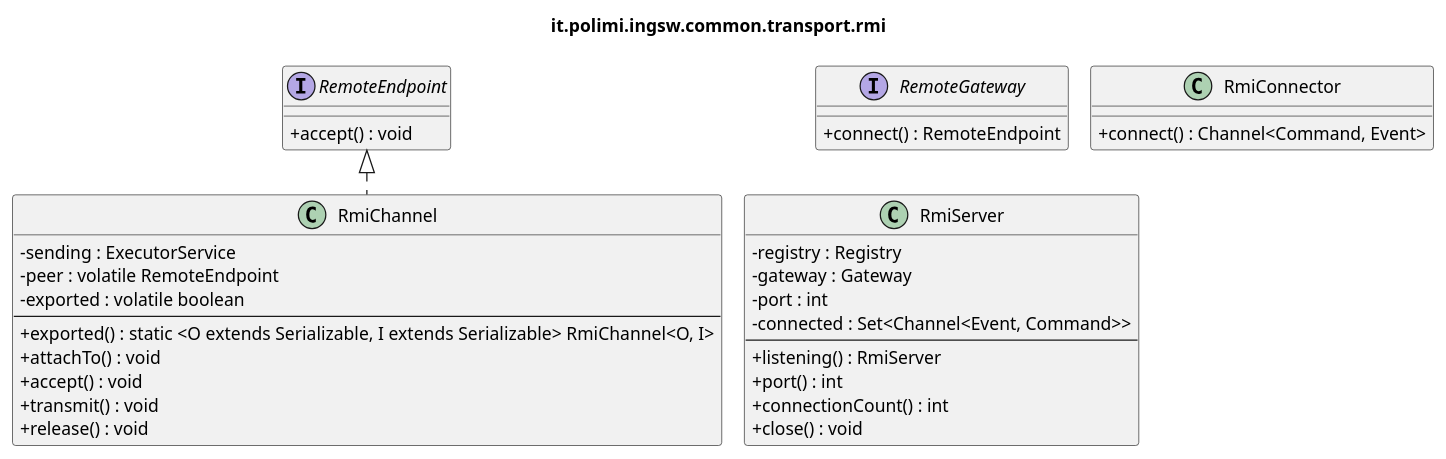
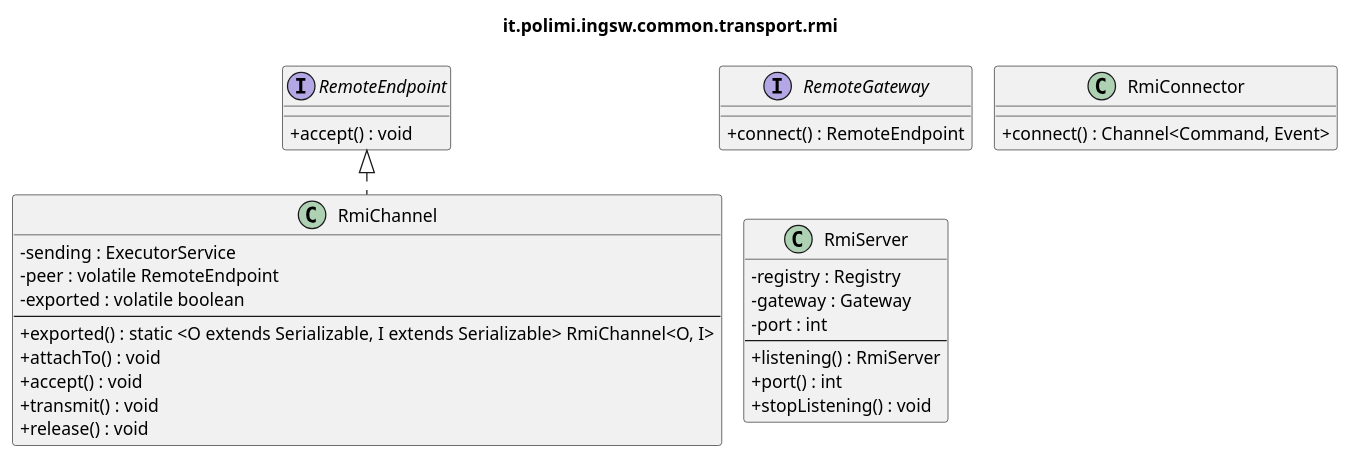
Before and after one commit to samuelesegrini/ing-sw-2025-segrini-terribile-varricchio-zanca: the diagram in docs/uml/detailed/common-transport-rmi.puml, drawn with PlantUML. The commit also changed 13 other files, not shown here.

```diff
--- a/docs/uml/detailed/common-transport-rmi.puml
+++ b/docs/uml/detailed/common-transport-rmi.puml
@@ -1,41 +1,39 @@
 @startuml it_polimi_ingsw_common_transport_rmi
 ' Generated by tools/uml/generate-detailed.py. Do not edit by hand.
 !pragma layout smetana
 skinparam shadowing false
 skinparam classAttributeIconSize 0
 title it.polimi.ingsw.common.transport.rmi
 
 interface RemoteEndpoint {
   +accept() : void
 }
 interface RemoteGateway {
   +connect() : RemoteEndpoint
 }
 class RmiChannel {
   -sending : ExecutorService
   -peer : volatile RemoteEndpoint
   -exported : volatile boolean
   --
   +exported() : static <O extends Serializable, I extends Serializable> RmiChannel<O, I>
   +attachTo() : void
   +accept() : void
   +transmit() : void
   +release() : void
 }
 class RmiConnector {
   +connect() : Channel<Command, Event>
 }
 class RmiServer {
   -registry : Registry
   -gateway : Gateway
   -port : int
-  -connected : Set<Channel<Event, Command>>
   --
   +listening() : RmiServer
   +port() : int
-  +connectionCount() : int
-  +close() : void
+  +stopListening() : void
 }
 
 RemoteEndpoint <|.. RmiChannel
 @enduml
```
